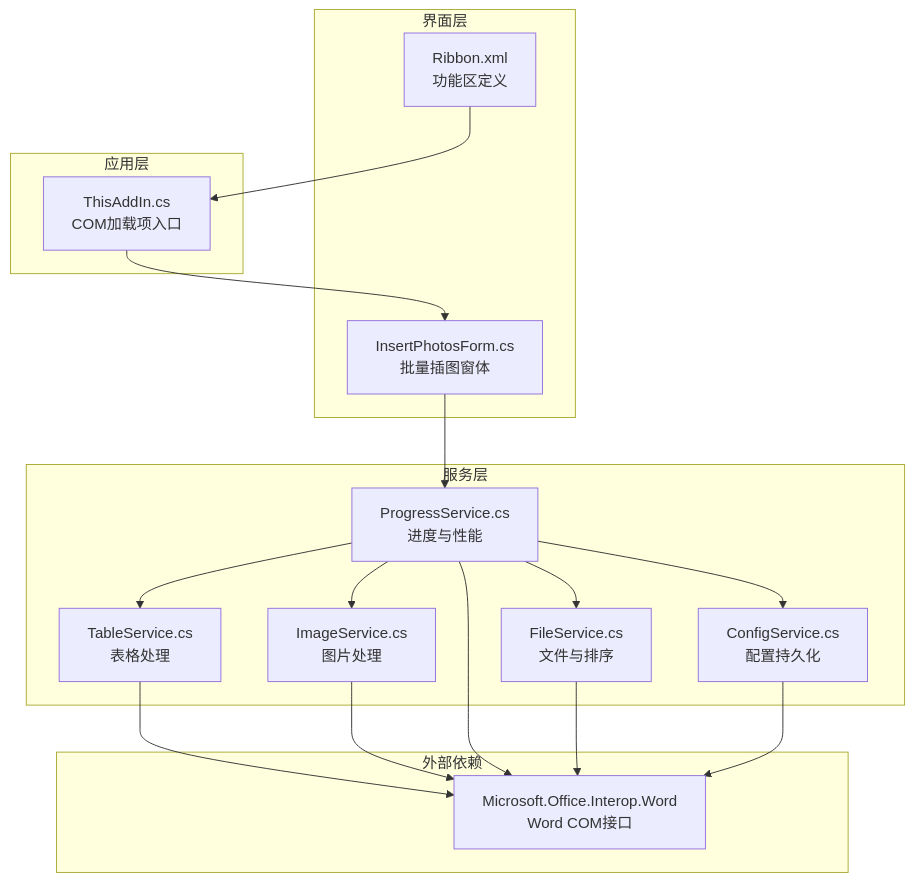
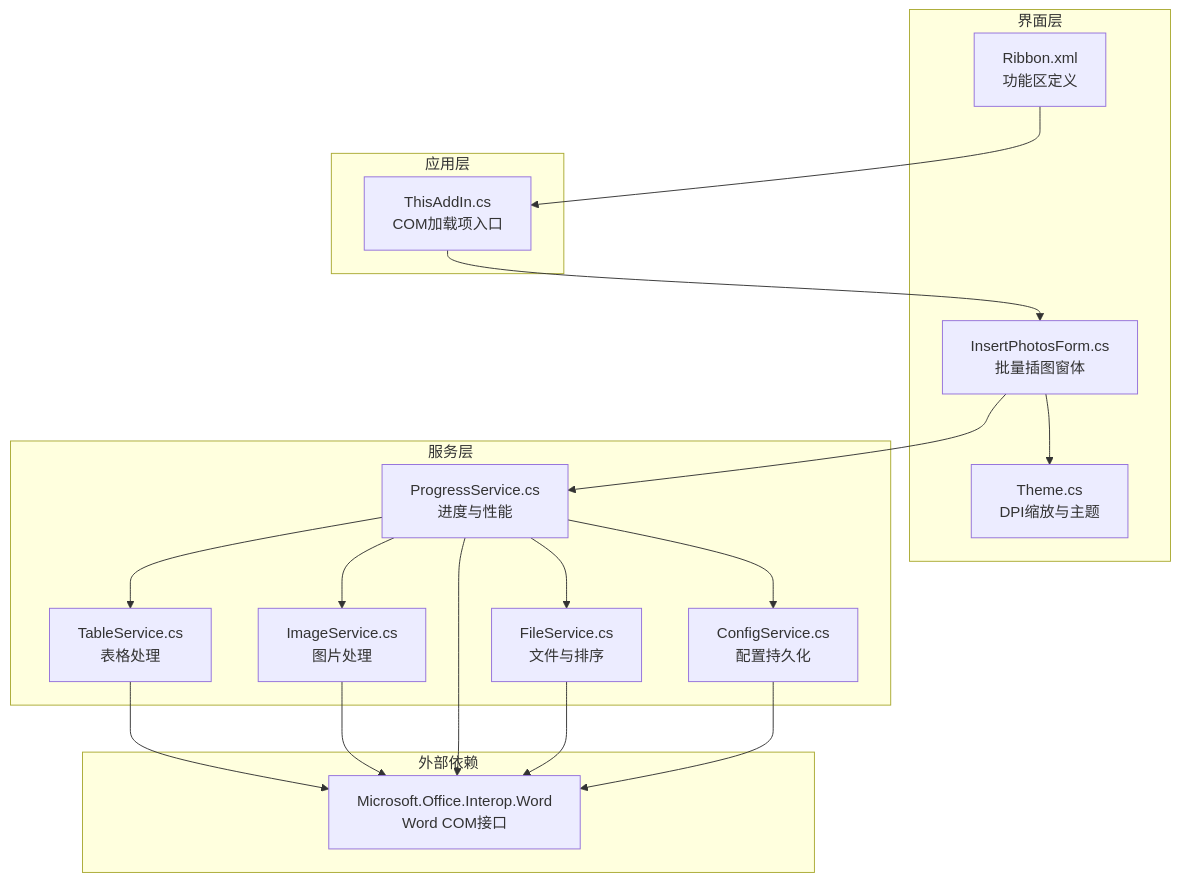
The first of 6 diagrams in .qoder/repowiki/zh/content/核心功能/表格处理服务.md (rainiva/WordTools), drawn with Mermaid before and after one commit. The commit also changed other lines of this file and 8 other files, not shown here.

Commit message:
perf: 大表格插图性能优化-清理编号与计算起始号瓶颈修复+诊断计时

````diff
--- a/.qoder/repowiki/zh/content/核心功能/表格处理服务.md
+++ b/.qoder/repowiki/zh/content/核心功能/表格处理服务.md
@@ -47,32 +50,34 @@
 ```mermaid
 graph TB
 subgraph "界面层"
 Ribbon["Ribbon.xml<br/>功能区定义"]
 Form["InsertPhotosForm.cs<br/>批量插图窗体"]
+Theme["Theme.cs<br/>DPI缩放与主题"]
 end
 subgraph "应用层"
 AddIn["ThisAddIn.cs<br/>COM加载项入口"]
 end
 subgraph "服务层"
 TS["TableService.cs<br/>表格处理"]
 IS["ImageService.cs<br/>图片处理"]
 PS["ProgressService.cs<br/>进度与性能"]
 FS["FileService.cs<br/>文件与排序"]
 CS["ConfigService.cs<br/>配置持久化"]
 end
 subgraph "外部依赖"
 Word["Microsoft.Office.Interop.Word<br/>Word COM接口"]
 end
 Ribbon --> AddIn
 AddIn --> Form
+Form --> Theme
 Form --> PS
 PS --> TS
 PS --> IS
 PS --> FS
 PS --> CS
 TS --> Word
 IS --> Word
 PS --> Word
 FS --> Word
 CS --> Word
 ```
````
